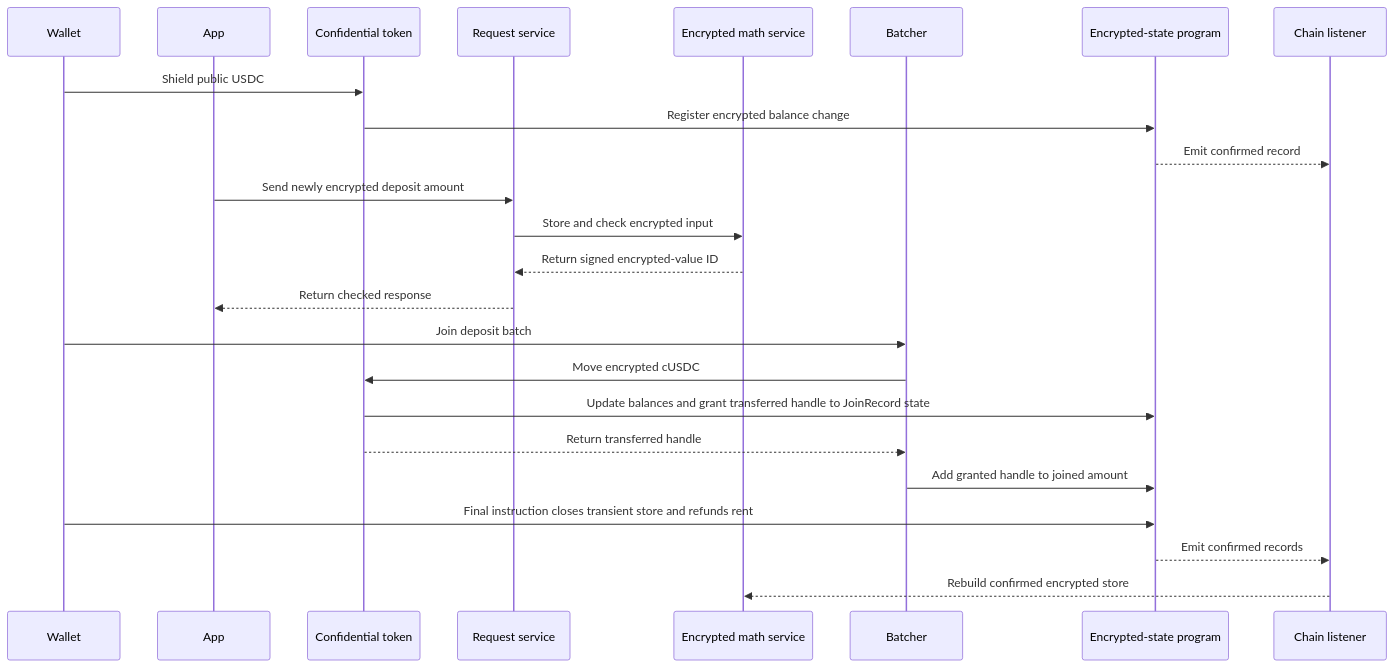
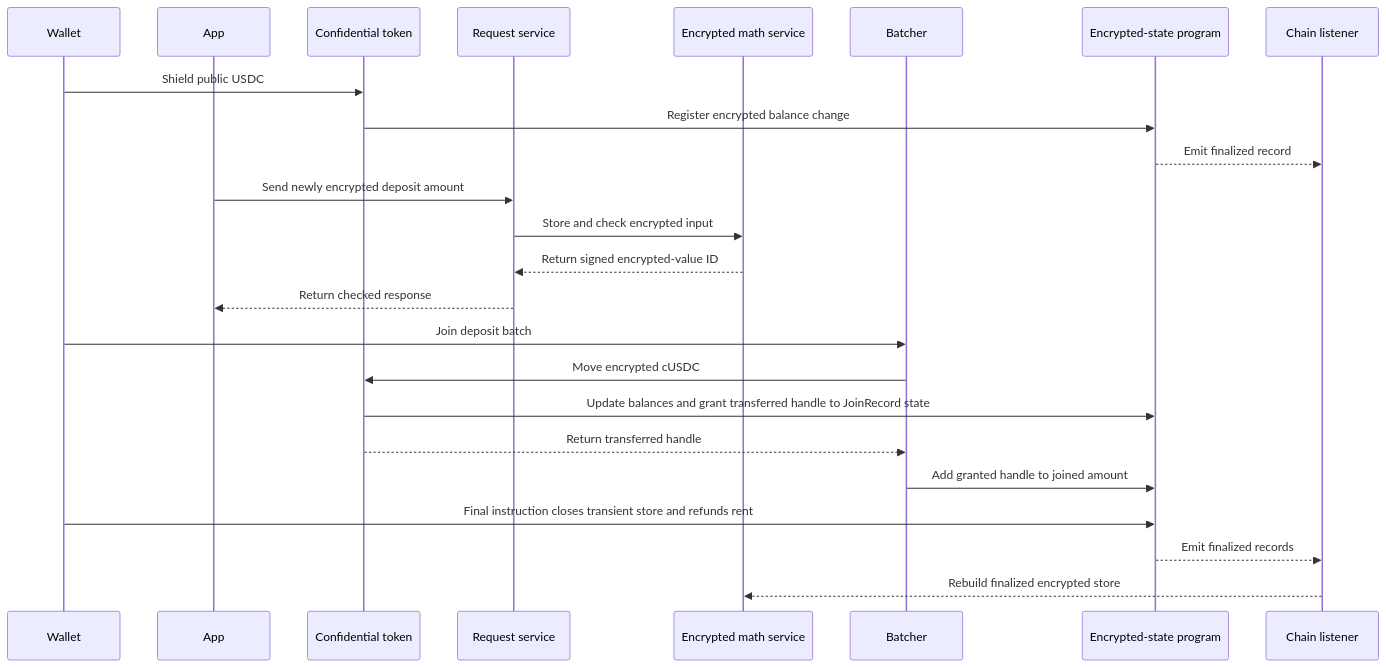
One commit to zama-ai/fhevm changed the fourth of 5 diagrams in solana/demo-dapp/README.md. Above: the diagram before and after it, drawn with Mermaid. The commit also changed other lines of this file and 12 other files, not shown here.

````diff
--- a/solana/demo-dapp/README.md
+++ b/solana/demo-dapp/README.md
@@ -125,27 +125,27 @@
 ```mermaid
 sequenceDiagram
     participant Wallet
     participant App
     participant Token as Confidential token
     participant Relayer as Request service
     participant Compute as Encrypted math service
     participant Batch as Batcher
     participant Host as Encrypted-state program
     participant Listener as Chain listener
 
     Wallet->>Token: Shield public USDC
     Token->>Host: Register encrypted balance change
-    Host-->>Listener: Emit confirmed record
+    Host-->>Listener: Emit finalized record
     App->>Relayer: Send newly encrypted deposit amount
     Relayer->>Compute: Store and check encrypted input
     Compute-->>Relayer: Return signed encrypted-value ID
     Relayer-->>App: Return checked response
     Wallet->>Batch: Join deposit batch
     Batch->>Token: Move encrypted cUSDC
     Token->>Host: Update balances and grant transferred handle to JoinRecord state
     Token-->>Batch: Return transferred handle
     Batch->>Host: Add granted handle to joined amount
     Wallet->>Host: Final instruction closes transient store and refunds rent
-    Host-->>Listener: Emit confirmed records
-    Listener-->>Compute: Rebuild confirmed encrypted store
+    Host-->>Listener: Emit finalized records
+    Listener-->>Compute: Rebuild finalized encrypted store
 ```
````
